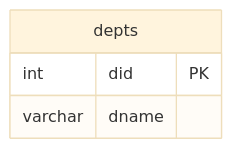
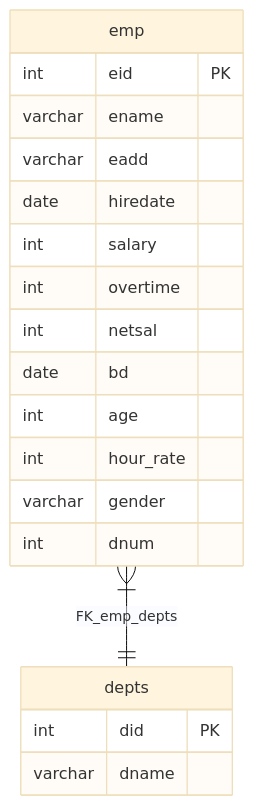
The sixth of 6 diagrams in docs/ch01-case-study-erd-and-implementation.md (Sohila-Khaled-Abbas/sql-server-data-platform), drawn with Mermaid (base theme) before and after one commit. The commit also changed other lines of this file and 10 other files, not shown here.

Commit message:
feat(ch01): implement CH01_VID02 wizard diagram sync and CH01_VID03 code-first database script

````diff
--- a/docs/ch01-case-study-erd-and-implementation.md
+++ b/docs/ch01-case-study-erd-and-implementation.md
@@ -278,7 +420,22 @@
 ```mermaid
 erDiagram
     depts {
         int did PK
         varchar dname
     }
+    emp {
+        int eid PK
+        varchar ename
+        varchar eadd
+        date hiredate
+        int salary
+        int overtime
+        int netsal
+        date bd
+        int age
+        int hour_rate
+        varchar gender
+        int dnum
+    }
+    emp }|--|| depts : "FK_emp_depts"
 ```
````
